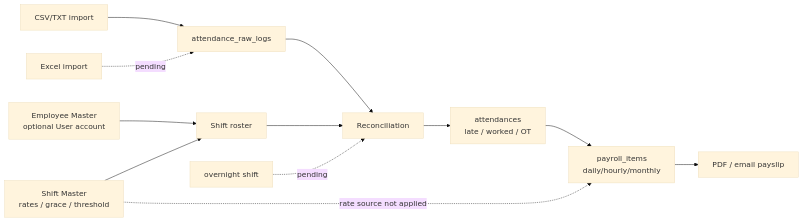
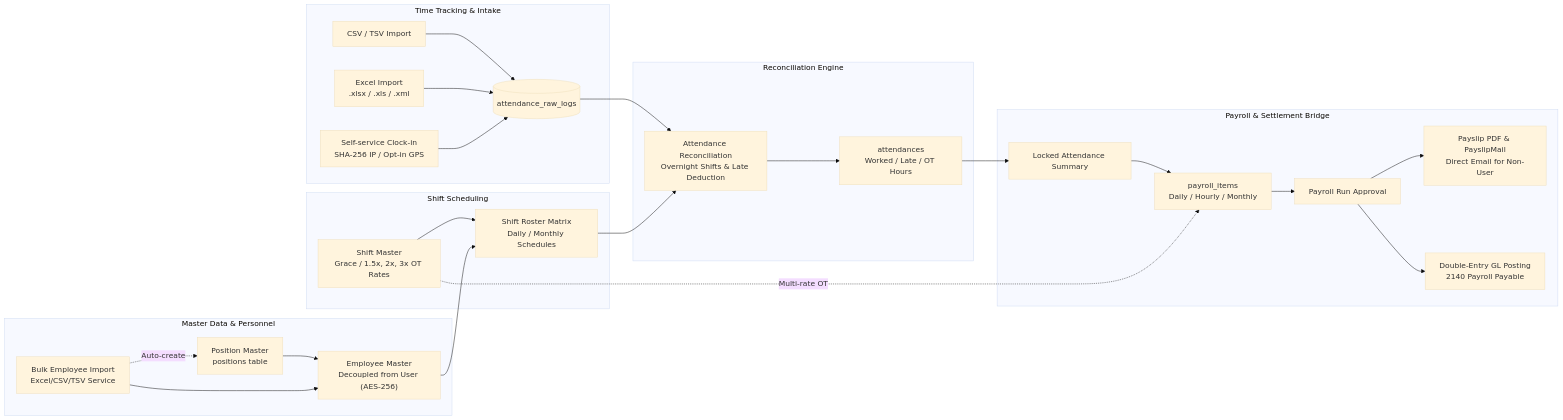
One commit to anuwatm/ERP changed the diagram in document/17_hr_employee_attendance_payroll.md. Above: the diagram before and after it, drawn with Mermaid (base theme). The commit also changed other lines of this file and 14 other files, not shown here.

Commit message:
update all document and diagram

````diff
--- a/document/17_hr_employee_attendance_payroll.md
+++ b/document/17_hr_employee_attendance_payroll.md
@@ -5,15 +5,34 @@
 ```mermaid
 flowchart LR
-    Employee["Employee Master\noptional User account"] --> Roster["Shift roster"]
-    Shift["Shift Master\nrates / grace / threshold"] --> Roster
-    Import["CSV/TXT import"] --> Raw["attendance_raw_logs"]
-    Raw --> Recon["Reconciliation"]
-    Roster --> Recon
-    Recon --> Attendance["attendances\nlate / worked / OT"]
-    Attendance --> Payroll["payroll_items\ndaily/hourly/monthly"]
-    Payroll --> Payslip["PDF / email payslip"]
+    subgraph MasterData["Master Data & Personnel"]
+        Position["Position Master\npositions table"] --> Employee["Employee Master\nDecoupled from User (AES-256)"]
+        BulkImport["Bulk Employee Import\nExcel/CSV/TSV Service"] --> Employee
+        BulkImport -. Auto-create .-> Position
+    end
 
-    Excel["Excel import"] -. pending .-> Raw
-    Shift -. "rate source not applied" .-> Payroll
-    Overnight["overnight shift"] -. pending .-> Recon
+    subgraph ShiftRoster["Shift Scheduling"]
+        Shift["Shift Master\nGrace / 1.5x, 2x, 3x OT Rates"] --> Roster["Shift Roster Matrix\nDaily / Monthly Schedules"]
+        Employee --> Roster
+    end
+
+    subgraph TimeTracking["Time Tracking & Intake"]
+        CSVLog["CSV / TSV Import"] --> RawLogs[("attendance_raw_logs")]
+        ExcelLog["Excel Import\n.xlsx / .xls / .xml"] --> RawLogs
+        SelfPunch["Self-service Clock-in\nSHA-256 IP / Opt-in GPS"] --> RawLogs
+    end
+
+    subgraph ReconEngine["Reconciliation Engine"]
+        RawLogs --> Recon["Attendance Reconciliation\nOvernight Shifts & Late Deduction"]
+        Roster --> Recon
+        Recon --> Attendances["attendances\nWorked / Late / OT Hours"]
+    end
+
+    subgraph PayrollSettlement["Payroll & Settlement Bridge"]
+        Attendances --> Summary["Locked Attendance Summary"]
+        Summary --> PayrollItems["payroll_items\nDaily / Hourly / Monthly"]
+        Shift -. Multi-rate OT .-> PayrollItems
+        PayrollItems --> PayrollRun["Payroll Run Approval"]
+        PayrollRun --> Payslip["Payslip PDF & PayslipMail\nDirect Email for Non-User"]
+        PayrollRun --> GL["Double-Entry GL Posting\n2140 Payroll Payable"]
+    end
 ```
````
